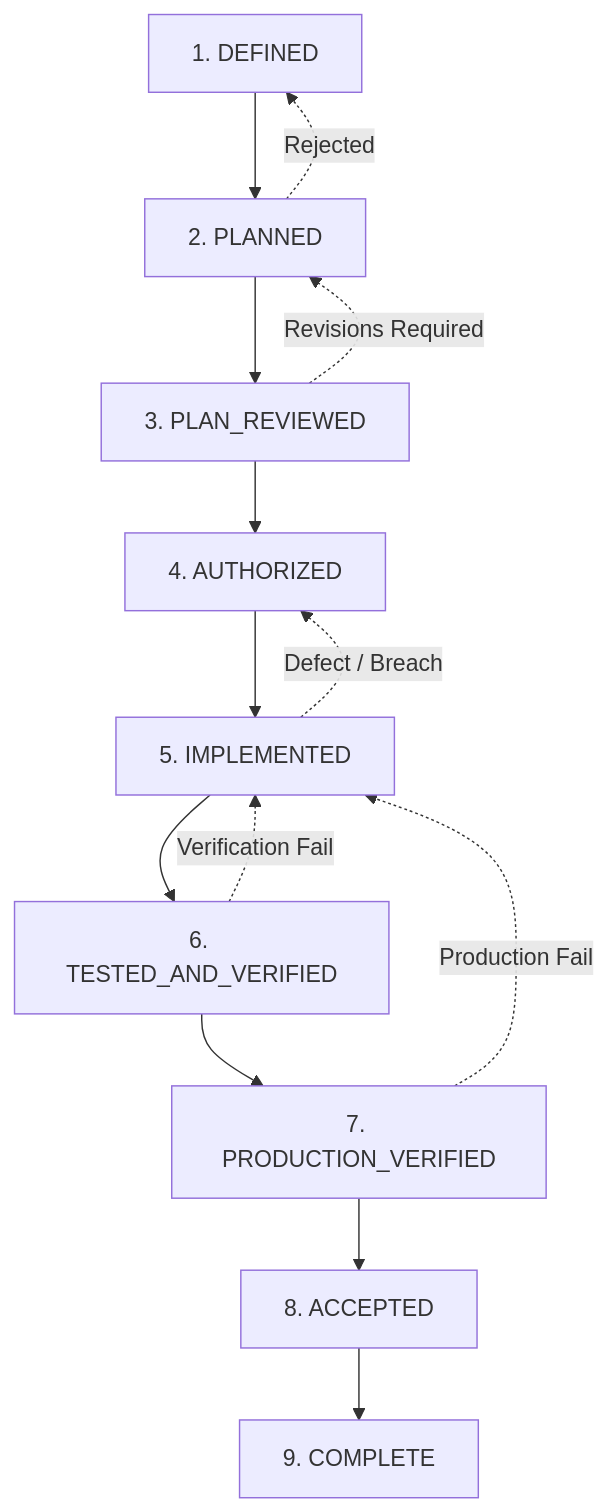
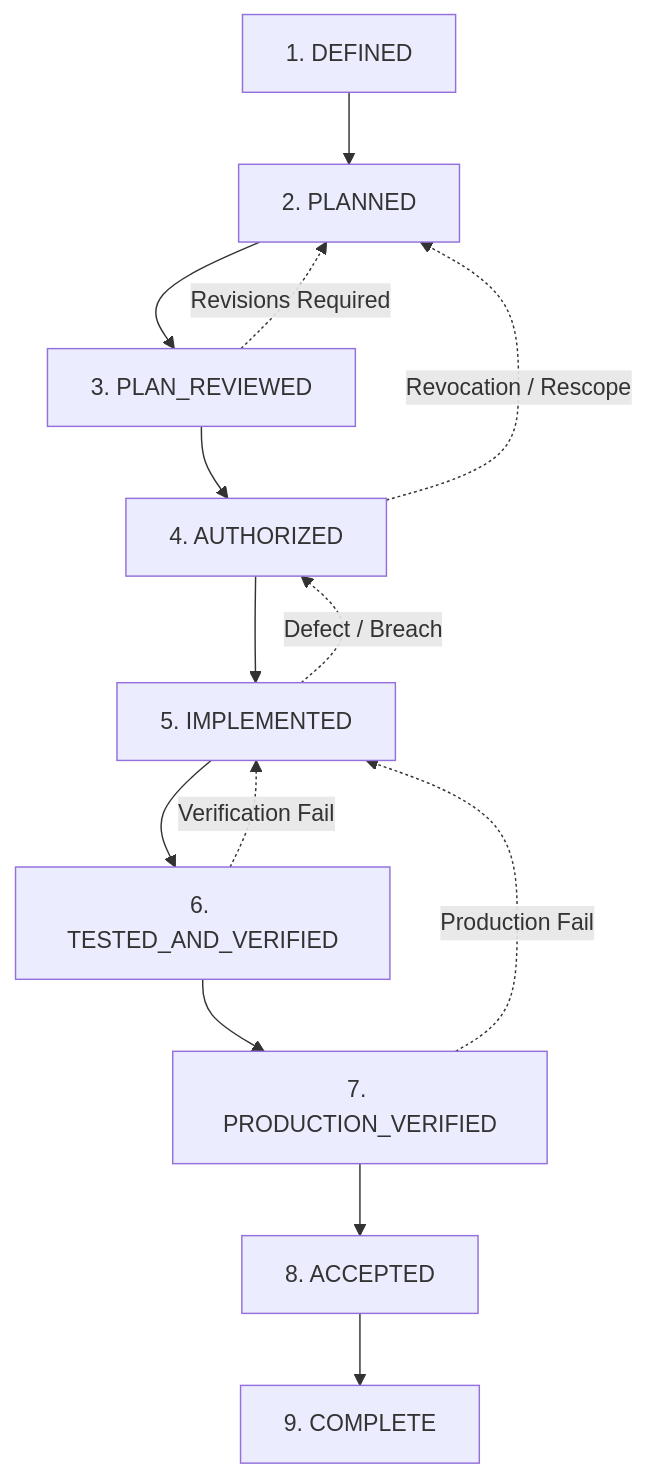
The diagram in AMENDMENT_v1.6.md (kshetra-app/Kshetra), drawn with Mermaid before and after one commit. The commit also changed other lines of this file and 1 other file, not shown here.

````diff
--- a/AMENDMENT_v1.6.md
+++ b/AMENDMENT_v1.6.md
@@ -168,17 +168,17 @@
 ```mermaid
 flowchart TD
     S1[1. DEFINED] --> S2[2. PLANNED]
     S2 --> S3[3. PLAN_REVIEWED]
     S3 --> S4[4. AUTHORIZED]
     S4 --> S5[5. IMPLEMENTED]
     S5 --> S6[6. TESTED_AND_VERIFIED]
     S6 --> S7[7. PRODUCTION_VERIFIED]
     S7 --> S8[8. ACCEPTED]
     S8 --> S9[9. COMPLETE]
 
-    S2 -. Rejected .-> S1
     S3 -. Revisions Required .-> S2
+    S4 -. Revocation / Rescope .-> S2
     S5 -. Defect / Breach .-> S4
     S6 -. Verification Fail .-> S5
     S7 -. Production Fail .-> S5
 ```
````
